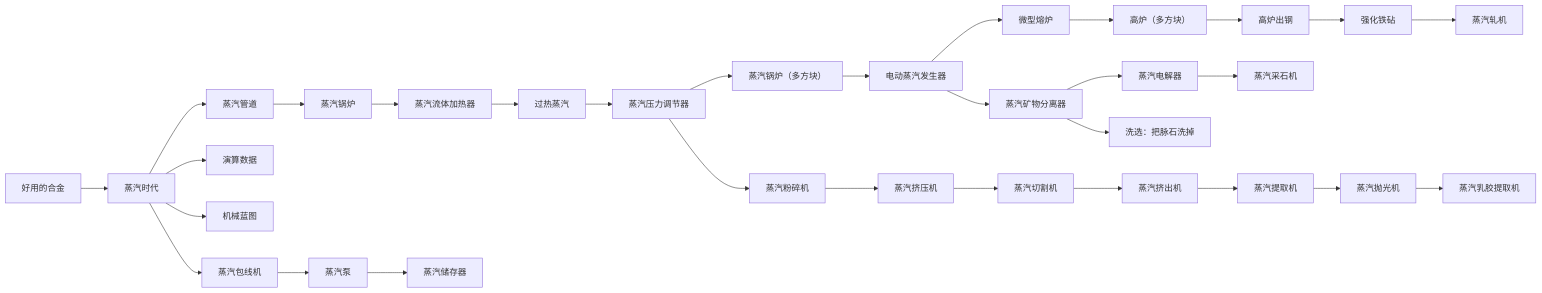
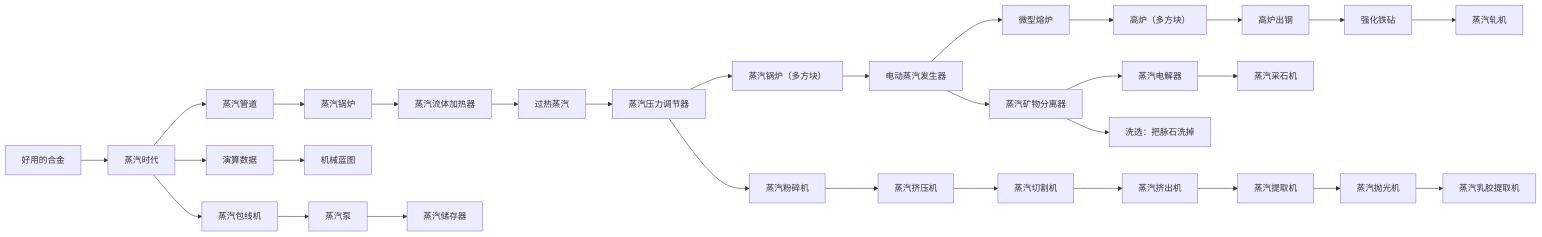
One commit to 1376127612/Sink-Journey changed the second of 3 diagrams in kubejs/docs/QUEST_LINES.md. Above: the diagram before and after it, drawn with Mermaid. The commit also changed other lines of this file and 85 other files, not shown here.

````diff
--- a/kubejs/docs/QUEST_LINES.md
+++ b/kubejs/docs/QUEST_LINES.md
@@ -116,62 +220,62 @@
 ```mermaid
 graph LR
     M1["好用的合金"]
     M2["蒸汽时代"]
     M3["蒸汽管道"]
     M4["蒸汽锅炉"]
     M5["蒸汽流体加热器"]
     M6["过热蒸汽"]
     M7["蒸汽压力调节器"]
     M8["蒸汽锅炉（多方块）"]
     M9["电动蒸汽发生器"]
     M10["微型熔炉"]
     M11["高炉（多方块）"]
     M12["高炉出钢"]
     M13["强化铁砧"]
     M14["蒸汽轧机"]
     M1 --> M2
     M2 --> M3
     M3 --> M4
     M4 --> M5
     M5 --> M6
     M6 --> M7
     M7 --> M8
     M8 --> M9
     M9 --> M10
     M10 --> M11
     M11 --> M12
     M12 --> M13
     M13 --> M14
     B1_1["演算数据"]
+    B1_2["机械蓝图"]
     M2 --> B1_1
-    B2_1["机械蓝图"]
-    M2 --> B2_1
-    B3_1["蒸汽粉碎机"]
-    M7 --> B3_1
-    B3_2["蒸汽挤压机"]
-    B3_1 --> B3_2
-    B3_3["蒸汽切割机"]
-    B3_2 --> B3_3
-    B3_4["蒸汽挤出机"]
-    B3_3 --> B3_4
-    B3_5["蒸汽提取机"]
-    B3_4 --> B3_5
-    B3_6["蒸汽抛光机"]
-    B3_5 --> B3_6
-    B3_7["蒸汽乳胶提取机"]
-    B3_6 --> B3_7
+    B1_1 --> B1_2
+    B2_1["蒸汽矿物分离器"]
+    B2_2["蒸汽电解器"]
+    B2_3["蒸汽采石机"]
+    M9 --> B2_1
+    B2_1 --> B2_2
+    B2_2 --> B2_3
+    B3_1["洗选：把脉石洗掉"]
+    B2_1 --> B3_1
     B4_1["蒸汽包线机"]
+    B4_2["蒸汽泵"]
+    B4_3["蒸汽储存器"]
     M2 --> B4_1
-    B4_2["蒸汽泵"]
     B4_1 --> B4_2
-    B4_3["蒸汽储存器"]
     B4_2 --> B4_3
-    B5_1["蒸汽矿物分离器"]
-    M9 --> B5_1
-    B5_2["蒸汽电解器"]
+    B5_1["蒸汽粉碎机"]
+    B5_2["蒸汽挤压机"]
+    B5_3["蒸汽切割机"]
+    B5_4["蒸汽挤出机"]
+    B5_5["蒸汽提取机"]
+    B5_6["蒸汽抛光机"]
+    B5_7["蒸汽乳胶提取机"]
+    M7 --> B5_1
     B5_1 --> B5_2
-    B5_3["蒸汽采石机"]
     B5_2 --> B5_3
-    B6_1["洗选：把脉石洗掉"]
-    B5_1 --> B6_1
+    B5_3 --> B5_4
+    B5_4 --> B5_5
+    B5_5 --> B5_6
+    B5_6 --> B5_7
 ```
````
